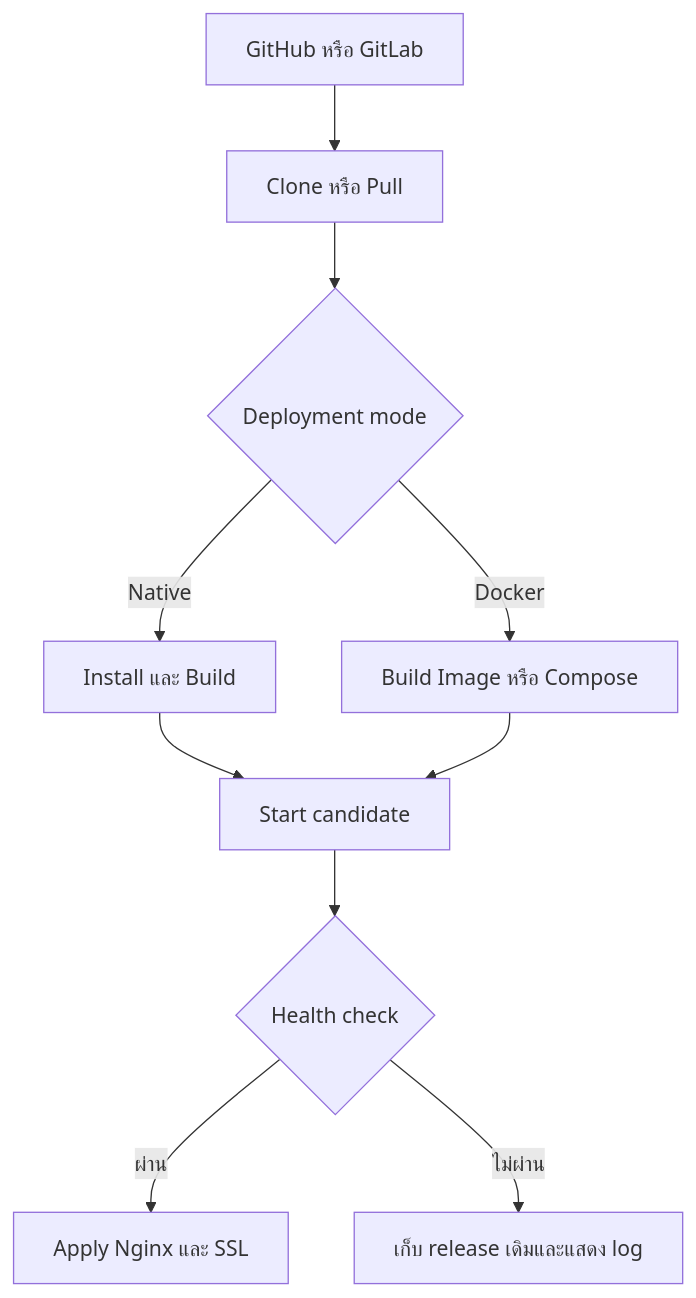
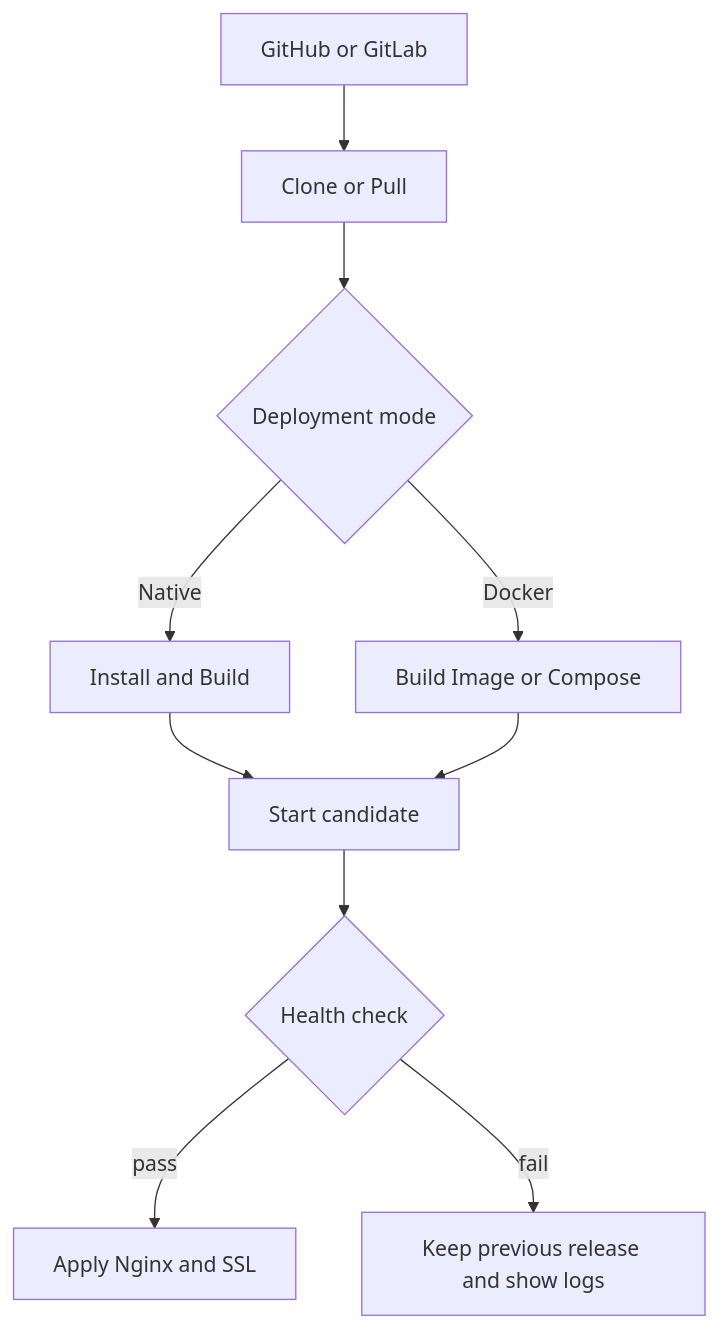
One commit to raptercode/dashboard-portal-control changed the diagram in README.md. Above: the diagram before and after it, drawn with Mermaid. The commit also changed other lines of this file and 13 other files, not shown here.

````diff
--- a/README.md
+++ b/README.md
@@ -227,12 +230,12 @@
 ```mermaid
 flowchart TD
-    A[GitHub หรือ GitLab] --> B[Clone หรือ Pull]
+    A[GitHub or GitLab] --> B[Clone or Pull]
     B --> C{Deployment mode}
-    C -->|Native| D[Install และ Build]
-    C -->|Docker| E[Build Image หรือ Compose]
+    C -->|Native| D[Install and Build]
+    C -->|Docker| E[Build Image or Compose]
     D --> F[Start candidate]
     E --> F
     F --> G{Health check}
-    G -->|ผ่าน| H[Apply Nginx และ SSL]
-    G -->|ไม่ผ่าน| I[เก็บ release เดิมและแสดง log]
+    G -->|pass| H[Apply Nginx and SSL]
+    G -->|fail| I[Keep previous release and show logs]
 ```
````
